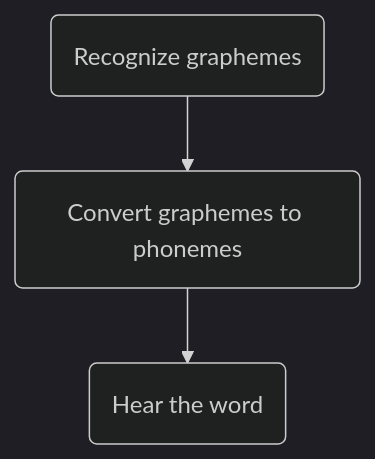
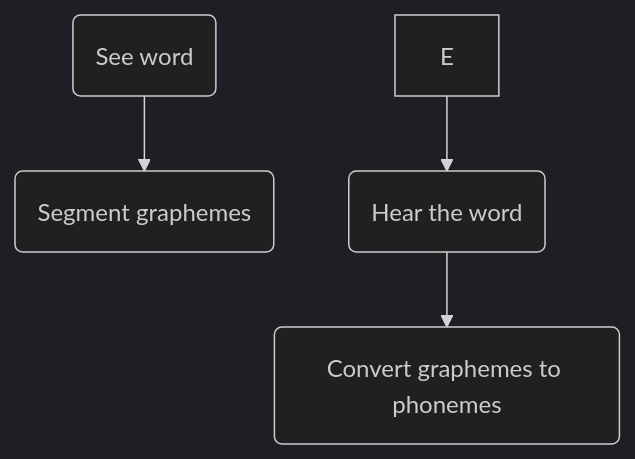
One commit to ethanweed/ExPsyLing changed the diagram in 2022/Slides/Lecture-04.md. Above: the diagram before and after it, drawn with Mermaid (dark theme). The commit also changed 1 other file, not shown here.

Commit message:
auto-updated with build.sh

````diff
--- a/2022/Slides/Lecture-04.md
+++ b/2022/Slides/Lecture-04.md
@@ -85,6 +85,7 @@
 ```{.mermaid format=svg  theme=neutral width=400}
 graph TB
-A(Recognize graphemes) --> B(Convert graphemes to phonemes)
-B --> C("Hear" the word)
+A(See word) -->B(Segment graphemes)
+C(Recognize graphemes) --> D(Convert graphemes to phonemes)
+E --> C("Hear" the word)
 
 ```
````
